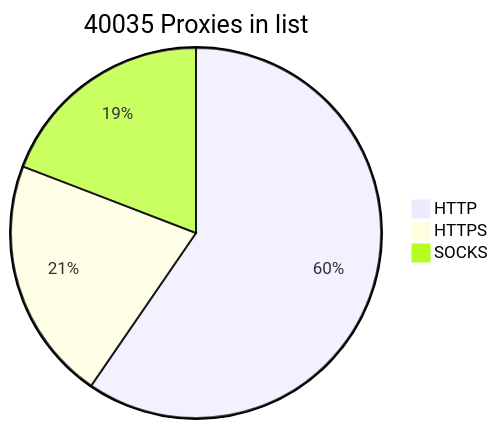
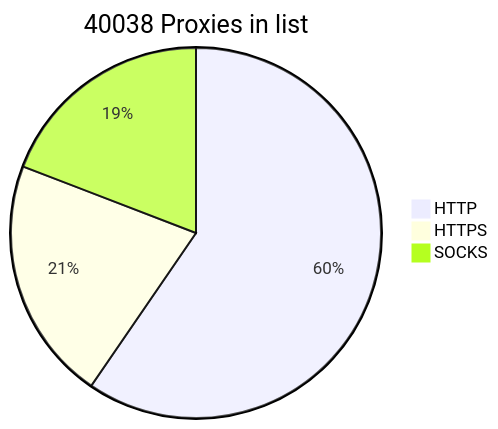
Before and after one commit to BlackSnowDot/proxylist-update-every-minute: the diagram in README.md, drawn with Mermaid.

````diff
--- a/README.md
+++ b/README.md
@@ -2,6 +2,6 @@
 ```mermaid
-pie title 40035 Proxies in list
-    "HTTP" : 27817
-    "HTTPS": 9933
+pie title 40038 Proxies in list
+    "HTTP" : 27818
+    "HTTPS": 9938
     "SOCKS" : 8946
 ```
````
